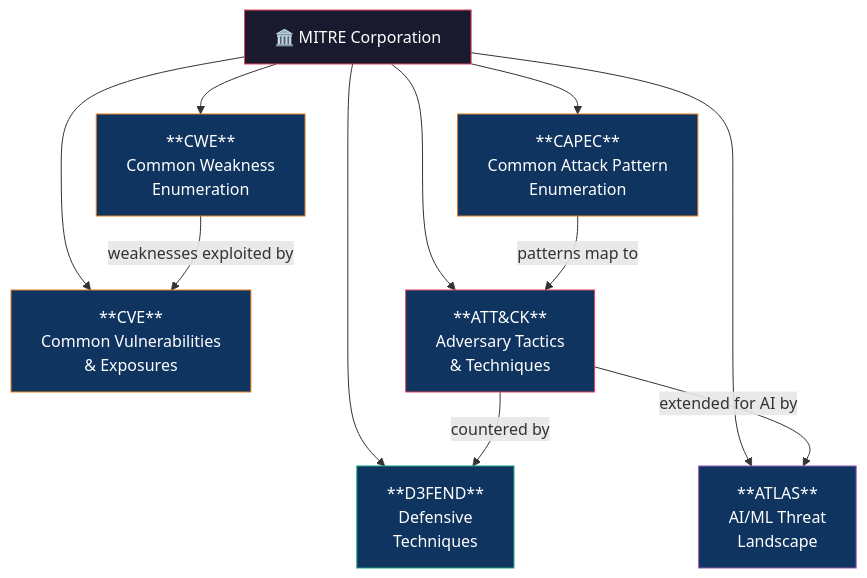
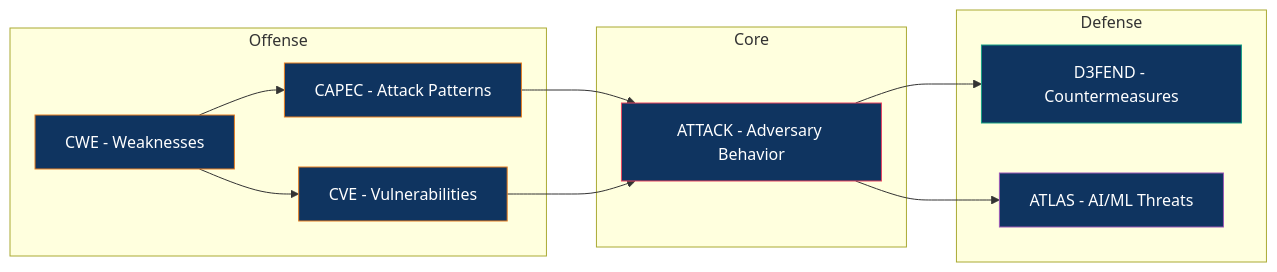
One commit to codebytes/mitre-attack-for-devs changed the first of 11 diagrams in slides/Slides.md. Above: the diagram before and after it, drawn with Mermaid. The commit also changed other lines of this file and 48 other files, not shown here.

First line of the commit message:
Checkpoint: pre-drawio conversion - all current mermaid diagrams in slides

```diff
--- a/slides/Slides.md
+++ b/slides/Slides.md
@@ -97,23 +126,27 @@
 <div class="mermaid">
-flowchart TD
-    MITRE["🏛️ MITRE Corporation"]
-    MITRE --> CVE["**CVE**<br/>Common Vulnerabilities<br/>& Exposures"]
-    MITRE --> CWE["**CWE**<br/>Common Weakness<br/>Enumeration"]
-    MITRE --> CAPEC["**CAPEC**<br/>Common Attack Pattern<br/>Enumeration"]
-    MITRE --> ATTACK["**ATT&CK**<br/>Adversary Tactics<br/>& Techniques"]
-    MITRE --> D3FEND["**D3FEND**<br/>Defensive<br/>Techniques"]
-    MITRE --> ATLAS["**ATLAS**<br/>AI/ML Threat<br/>Landscape"]
-
-    CWE -->|"weaknesses exploited by"| CVE
-    CAPEC -->|"patterns map to"| ATTACK
-    ATTACK -->|"countered by"| D3FEND
-    ATTACK -->|"extended for AI by"| ATLAS
-
-    style MITRE fill:#1a1a2e,stroke:#e94560,color:#fff
-    style ATTACK fill:#0f3460,stroke:#e94560,color:#fff
-    style D3FEND fill:#0f3460,stroke:#16a085,color:#fff
-    style CVE fill:#0f3460,stroke:#e67e22,color:#fff
-    style CWE fill:#0f3460,stroke:#e67e22,color:#fff
-    style CAPEC fill:#0f3460,stroke:#e67e22,color:#fff
-    style ATLAS fill:#0f3460,stroke:#9b59b6,color:#fff
+flowchart LR
+subgraph Offense
+CVE[CVE - Vulnerabilities]
+CWE[CWE - Weaknesses]
+CAPEC[CAPEC - Attack Patterns]
+end
+subgraph Core
+ATTACK[ATTACK - Adversary Behavior]
+end
+subgraph Defense
+D3FEND[D3FEND - Countermeasures]
+ATLAS[ATLAS - AI/ML Threats]
+end
+CWE --> CVE
+CWE --> CAPEC
+CAPEC --> ATTACK
+CVE --> ATTACK
+ATTACK --> D3FEND
+ATTACK --> ATLAS
+style ATTACK fill:#0f3460,stroke:#e94560,color:#fff
+style D3FEND fill:#0f3460,stroke:#16a085,color:#fff
+style ATLAS fill:#0f3460,stroke:#9b59b6,color:#fff
+style CVE fill:#0f3460,stroke:#e67e22,color:#fff
+style CWE fill:#0f3460,stroke:#e67e22,color:#fff
+style CAPEC fill:#0f3460,stroke:#e67e22,color:#fff
 </div>
```
